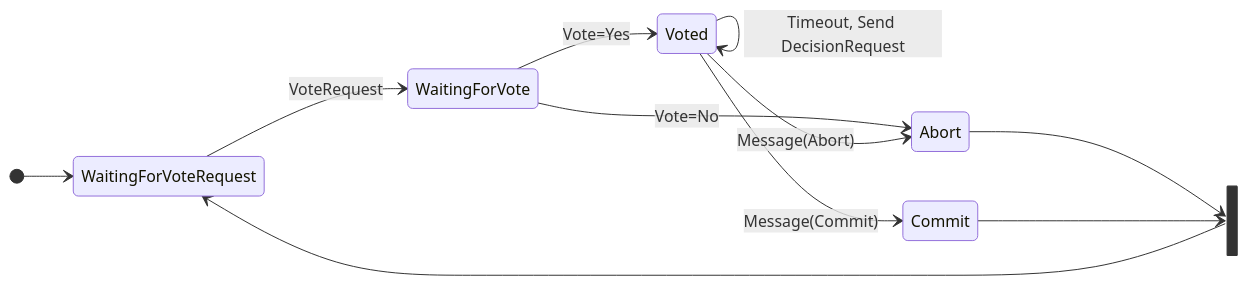
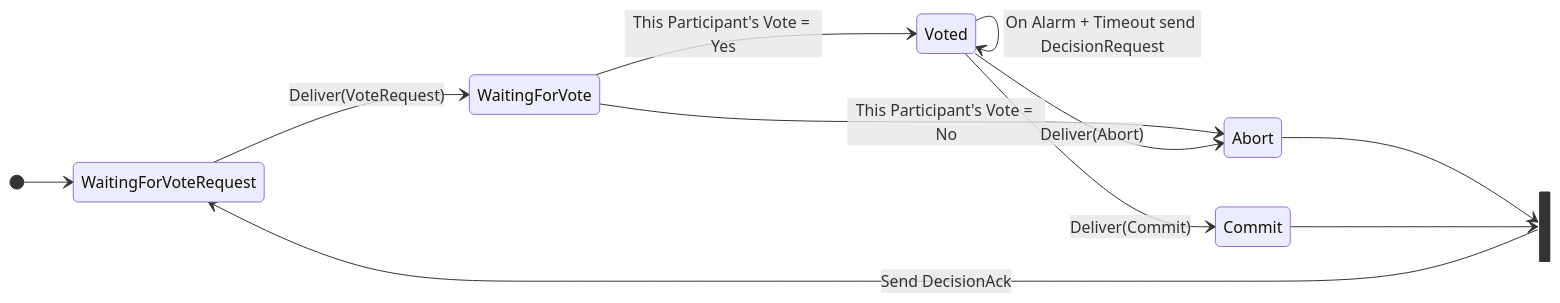
One commit to augrim/augrim-docs changed the second of 5 diagrams in docs/0.1/algorithms/2pc.md. Above: the diagram before and after it, drawn with Mermaid. The commit also changed other lines of this file, not shown here.

First line of the commit message:
Update state diagrams to reflect DecisionAck addition

```diff
--- a/docs/0.1/algorithms/2pc.md
+++ b/docs/0.1/algorithms/2pc.md
@@ -94,15 +100,15 @@
 <div class="mermaid">
 stateDiagram-v2
     direction LR
     [*] --> WaitingForVoteRequest
-    WaitingForVoteRequest --> WaitingForVote: VoteRequest
-    WaitingForVote --> Voted: Vote=Yes
-    WaitingForVote --> Abort: Vote=No
-    Voted --> Voted: Timeout, Send DecisionRequest
-    Voted --> Abort: Message(Abort)
-    Voted --> Commit: Message(Commit)
+    WaitingForVoteRequest --> WaitingForVote: Deliver(VoteRequest)
+    WaitingForVote --> Voted: This Participant's Vote = Yes
+    WaitingForVote --> Abort: This Participant's Vote = No
+    Voted --> Voted: On Alarm + Timeout send DecisionRequest
+    Voted --> Abort: Deliver(Abort)
+    Voted --> Commit: Deliver(Commit)
     state join_start &lt;&lt;join&gt;&gt;
     Abort --> join_start
     Commit --> join_start
-    join_start --> WaitingForVoteRequest
+    join_start --> WaitingForVoteRequest: Send DecisionAck
 </div>
```
